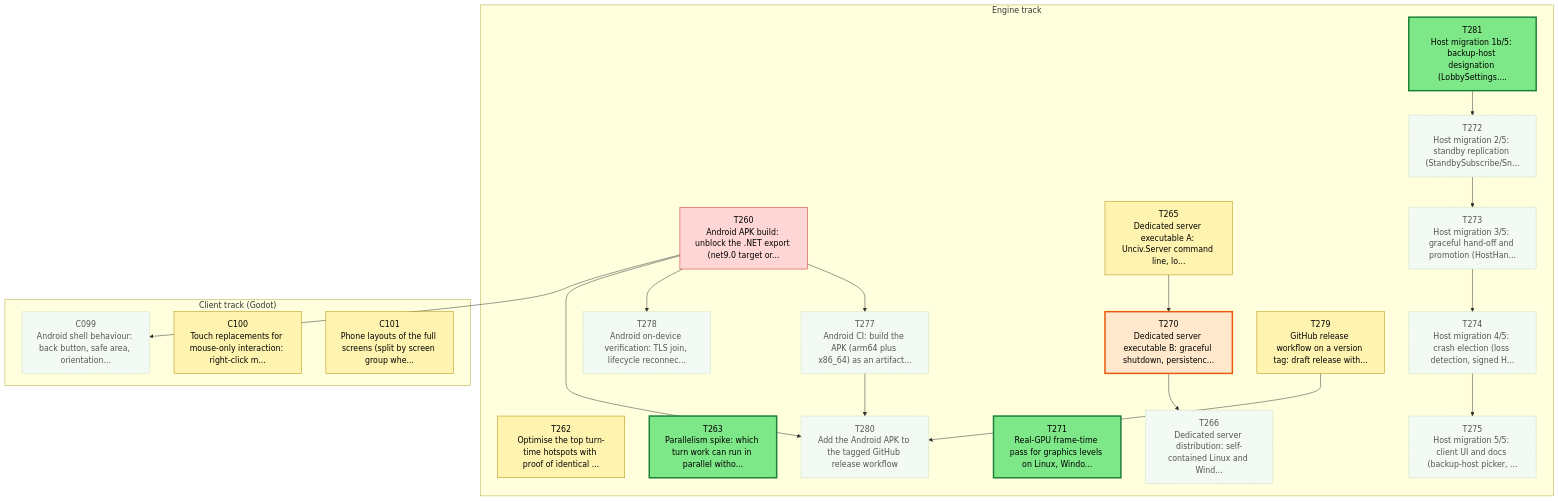
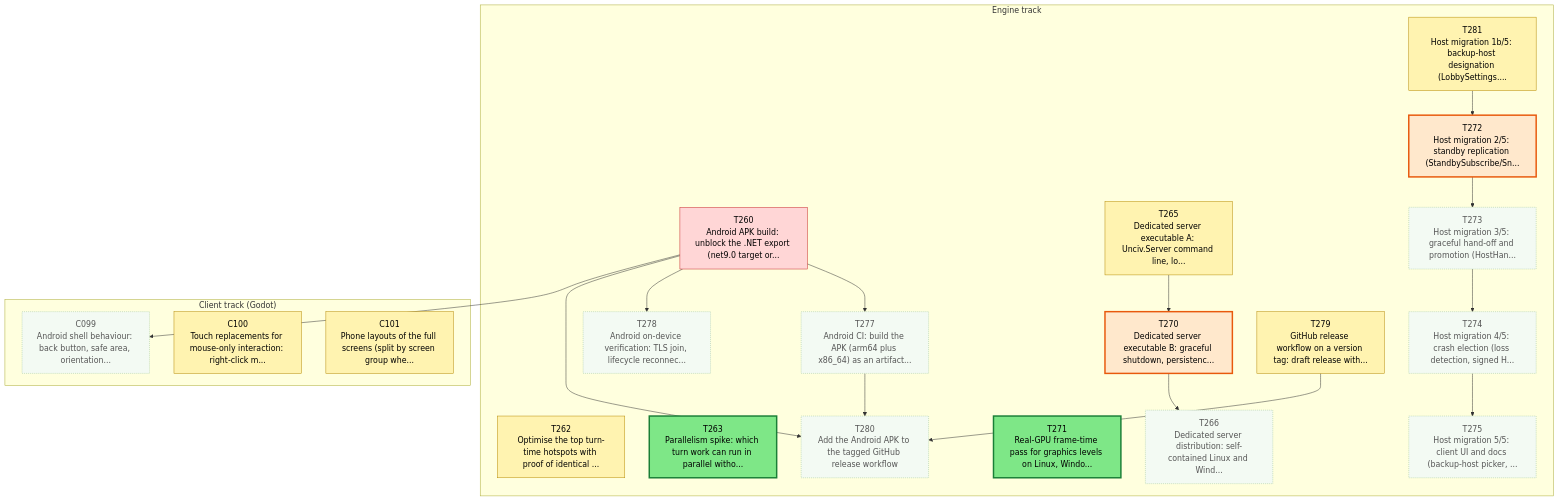
The first of 3 diagrams in csharp/migration/DEPENDENCY_MAP.md (Kenmura/Unciv), drawn with Mermaid before and after one commit. The commit also changed other lines of this file and 1 other file, not shown here.

````diff
--- a/csharp/migration/DEPENDENCY_MAP.md
+++ b/csharp/migration/DEPENDENCY_MAP.md
@@ -35,64 +35,64 @@
 ```mermaid
 flowchart TD
   subgraph TTRACK["Engine track"]
     T260["T260<br/>Android APK build: unblock the .NET export (net9.0 target or..."]
     T262["T262<br/>Optimise the top turn-time hotspots with proof of identical ..."]
     T263["T263<br/>Parallelism spike: which turn work can run in parallel witho..."]
     T265["T265<br/>Dedicated server executable A: Unciv.Server command line, lo..."]
     T266["T266<br/>Dedicated server distribution: self-contained Linux and Wind..."]
     T270["T270<br/>Dedicated server executable B: graceful shutdown, persistenc..."]
     T271["T271<br/>Real-GPU frame-time pass for graphics levels on Linux, Windo..."]
     T272["T272<br/>Host migration 2/5: standby replication (StandbySubscribe/Sn..."]
     T273["T273<br/>Host migration 3/5: graceful hand-off and promotion (HostHan..."]
     T274["T274<br/>Host migration 4/5: crash election (loss detection, signed H..."]
     T275["T275<br/>Host migration 5/5: client UI and docs (backup-host picker, ..."]
     T277["T277<br/>Android CI: build the APK (arm64 plus x86_64) as an artifact..."]
     T278["T278<br/>Android on-device verification: TLS join, lifecycle reconnec..."]
     T279["T279<br/>GitHub release workflow on a version tag: draft release with..."]
     T280["T280<br/>Add the Android APK to the tagged GitHub release workflow"]
     T281["T281<br/>Host migration 1b/5: backup-host designation (LobbySettings...."]
   end
   subgraph CTRACK["Client track (Godot)"]
     C099["C099<br/>Android shell behaviour: back button, safe area, orientation..."]
     C100["C100<br/>Touch replacements for mouse-only interaction: right-click m..."]
     C101["C101<br/>Phone layouts of the full screens (split by screen group whe..."]
   end
   T270 --> T266
   T265 --> T270
   T281 --> T272
   T272 --> T273
   T273 --> T274
   T274 --> T275
   T260 --> T277
   T260 --> T278
   T279 --> T280
   T260 --> T280
   T277 --> T280
   T260 --> C099
   classDef waiting fill:#f3faf3,stroke:#9bc49b,color:#555,stroke-dasharray:2 2
   classDef ondeck fill:#ffe8cc,stroke:#e8590c,stroke-width:3px,color:#000
   classDef ready fill:#7ee787,stroke:#1a7f37,stroke-width:3px,color:#000
   classDef prog fill:#fff3b0,stroke:#b58900,color:#000
   classDef review fill:#cfe4ff,stroke:#1f6feb,color:#000
   classDef blocked fill:#ffd6d6,stroke:#c62828,color:#000
   classDef done fill:#eeeeee,stroke:#999999,color:#666,stroke-dasharray:4 3
   class C099 waiting
   class C100 prog
   class C101 prog
   class T260 blocked
   class T262 prog
   class T263 ready
   class T265 prog
   class T266 waiting
   class T270 ondeck
   class T271 ready
-  class T272 waiting
+  class T272 ondeck
   class T273 waiting
   class T274 waiting
   class T275 waiting
   class T277 waiting
   class T278 waiting
   class T279 prog
   class T280 waiting
-  class T281 ready
+  class T281 prog
 ```
````
